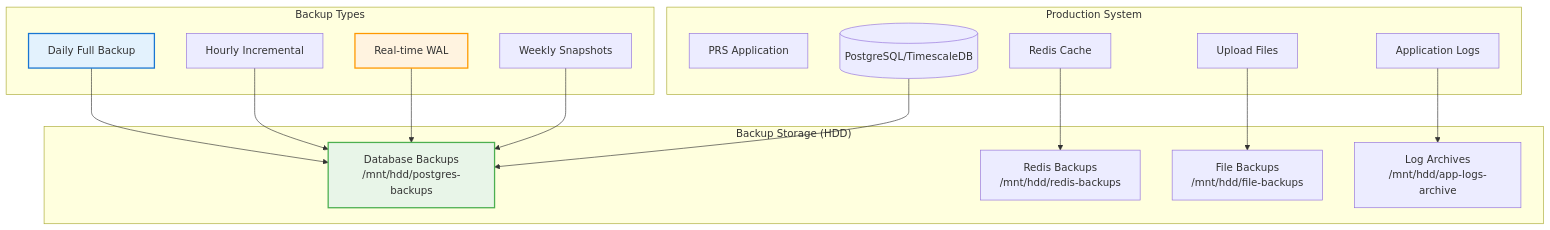
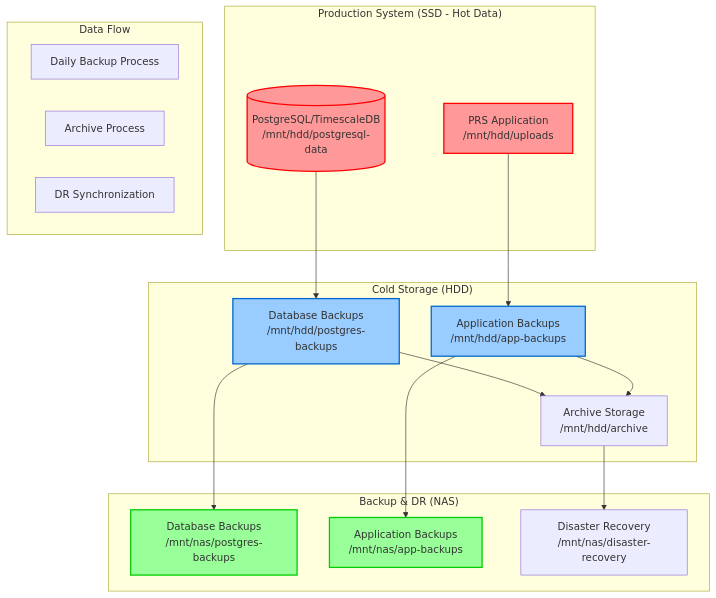
One commit to rcdelacruz/prs-prod-workplan changed the diagram in docs/docs/operations/backup.md. Above: the diagram before and after it, drawn with Mermaid. The commit also changed other lines of this file and 78 other files, not shown here.

First line of the commit message:
Add TimescaleDB management scripts for compression setup, health monitoring, and storage validation

````diff
--- a/docs/docs/operations/backup.md
+++ b/docs/docs/operations/backup.md
@@ -9,38 +9,43 @@
 ```mermaid
 graph TB
-    subgraph "Production System"
-        APP[PRS Application]
-        DB[(PostgreSQL/TimescaleDB)]
-        REDIS[Redis Cache]
-        FILES[Upload Files]
-        LOGS[Application Logs]
+    subgraph "Production System (SSD - Hot Data)"
+        APP[PRS Application<br/>/mnt/hdd/uploads]
+        DB[(PostgreSQL/TimescaleDB<br/>/mnt/hdd/postgresql-data)]
     end
-    
-    subgraph "Backup Storage (HDD)"
+
+    subgraph "Cold Storage (HDD)"
         DB_BACKUP[Database Backups<br/>/mnt/hdd/postgres-backups]
-        REDIS_BACKUP[Redis Backups<br/>/mnt/hdd/redis-backups]
-        FILE_BACKUP[File Backups<br/>/mnt/hdd/file-backups]
-        LOG_ARCHIVE[Log Archives<br/>/mnt/hdd/app-logs-archive]
+        APP_BACKUP[Application Backups<br/>/mnt/hdd/app-backups]
+        ARCHIVE[Archive Storage<br/>/mnt/hdd/archive]
     end
-    
-    subgraph "Backup Types"
-        DAILY[Daily Full Backup]
-        HOURLY[Hourly Incremental]
-        REALTIME[Real-time WAL]
-        SNAPSHOT[Weekly Snapshots]
+
+    subgraph "Backup & DR (NAS)"
+        NAS_DB[Database Backups<br/>/mnt/nas/postgres-backups]
+        NAS_APP[Application Backups<br/>/mnt/nas/app-backups]
+        NAS_DR[Disaster Recovery<br/>/mnt/nas/disaster-recovery]
     end
-    
+
+    subgraph "Data Flow"
+        DAILY[Daily Backup Process]
+        ARCHIVE_FLOW[Archive Process]
+        DR_SYNC[DR Synchronization]
+    end
+
     DB --> DB_BACKUP
-    REDIS --> REDIS_BACKUP
-    FILES --> FILE_BACKUP
-    LOGS --> LOG_ARCHIVE
-    
-    DAILY --> DB_BACKUP
-    HOURLY --> DB_BACKUP
-    REALTIME --> DB_BACKUP
-    SNAPSHOT --> DB_BACKUP
-    
-    style DB_BACKUP fill:#e8f5e8,stroke:#4caf50,stroke-width:2px
-    style DAILY fill:#e3f2fd,stroke:#1976d2,stroke-width:2px
-    style REALTIME fill:#fff3e0,stroke:#ff9800,stroke-width:2px
+    APP --> APP_BACKUP
+
+    DB_BACKUP --> NAS_DB
+    APP_BACKUP --> NAS_APP
+
+    DB_BACKUP --> ARCHIVE
+    APP_BACKUP --> ARCHIVE
+
+    ARCHIVE --> NAS_DR
+
+    style DB fill:#ff9999,stroke:#ff0000,stroke-width:2px
+    style APP fill:#ff9999,stroke:#ff0000,stroke-width:2px
+    style DB_BACKUP fill:#99ccff,stroke:#0066cc,stroke-width:2px
+    style APP_BACKUP fill:#99ccff,stroke:#0066cc,stroke-width:2px
+    style NAS_DB fill:#99ff99,stroke:#00cc00,stroke-width:2px
+    style NAS_APP fill:#99ff99,stroke:#00cc00,stroke-width:2px
 ```
````
